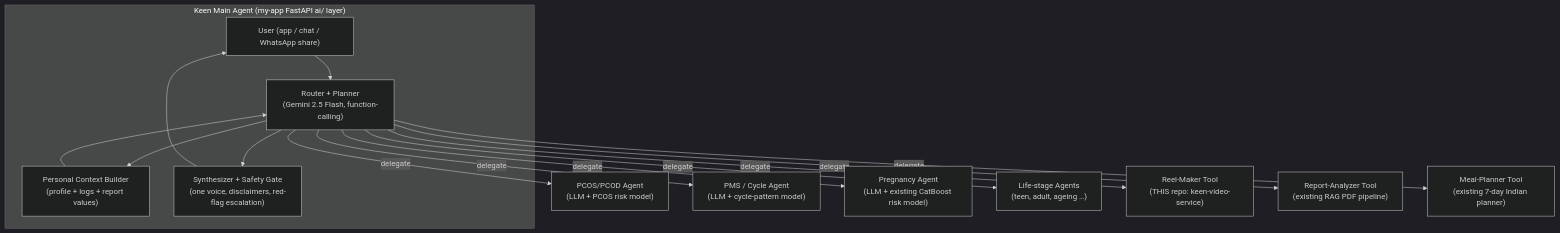
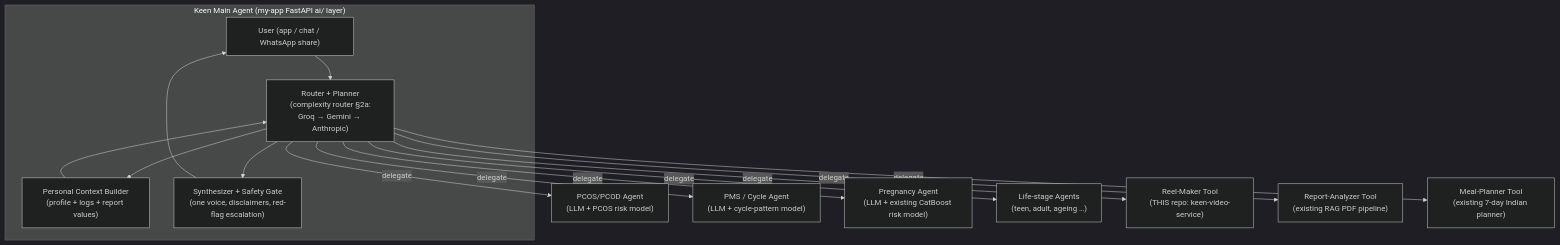
Before and after one commit to codehunter17/keen-video-service: the diagram in AGENT_ARCHITECTURE.md, drawn with Mermaid (dark theme). The commit also changed other lines of this file and 1 other file, not shown here.

First line of the commit message:
docs(agent-architecture): add complexity-based LLM router (Groq / Gemini / Anthropic)

````diff
--- a/AGENT_ARCHITECTURE.md
+++ b/AGENT_ARCHITECTURE.md
@@ -35,20 +35,20 @@
 ```mermaid
 graph TD
     U["User (app / chat / WhatsApp share)"] --> K
 
     subgraph KEEN["Keen Main Agent (my-app FastAPI ai/ layer)"]
-        K["Router + Planner<br/>(Gemini 2.5 Flash, function-calling)"]
+        K["Router + Planner<br/>(complexity router §2a:<br/>Groq → Gemini → Anthropic)"]
         P["Personal Context Builder<br/>(profile + logs + report values)"]
         S["Synthesizer + Safety Gate<br/>(one voice, disclaimers, red-flag escalation)"]
         K --> P --> K
         K --> S --> U
     end
 
     K -->|delegate| A1["PCOS/PCOD Agent<br/>(LLM + PCOS risk model)"]
     K -->|delegate| A2["PMS / Cycle Agent<br/>(LLM + cycle-pattern model)"]
     K -->|delegate| A3["Pregnancy Agent<br/>(LLM + existing CatBoost risk model)"]
     K -->|delegate| A4["Life-stage Agents<br/>(teen, adult, ageing …)"]
     K -->|delegate| T1["Reel-Maker Tool<br/>(THIS repo: keen-video-service)"]
     K -->|delegate| T2["Report-Analyzer Tool<br/>(existing RAG PDF pipeline)"]
     K -->|delegate| T3["Meal-Planner Tool<br/>(existing 7-day Indian planner)"]
 ```
````
